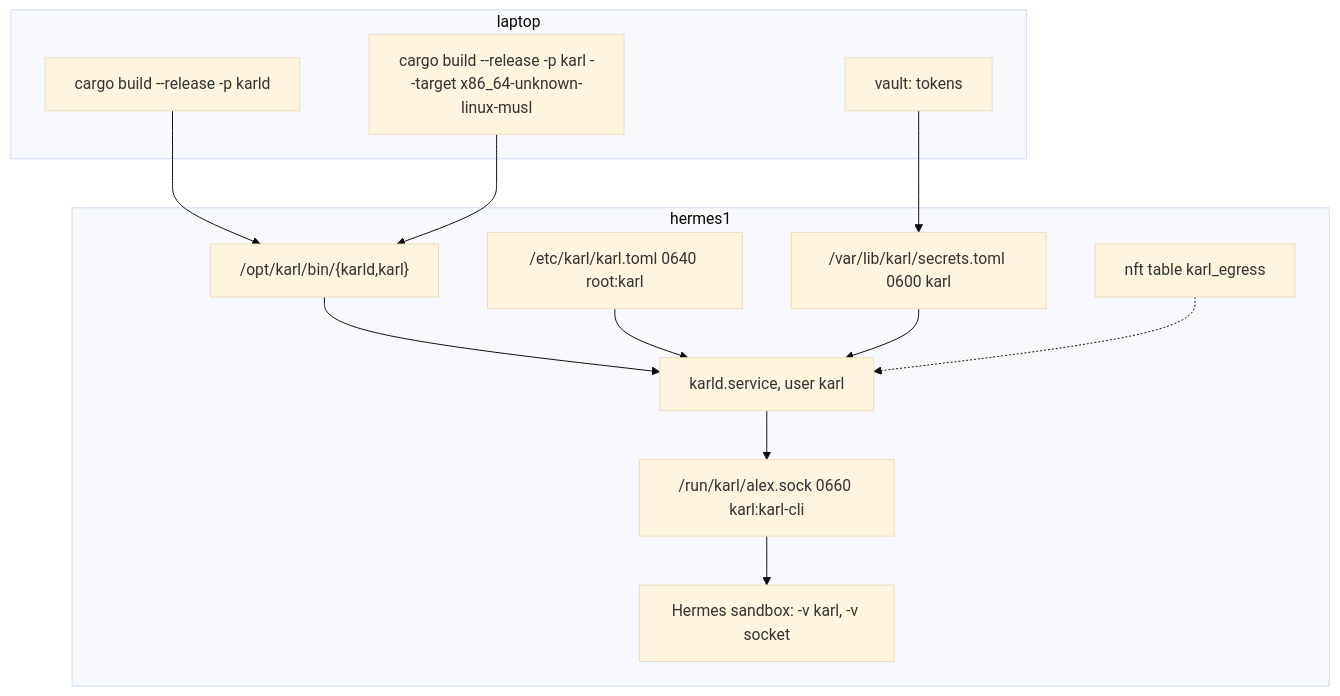
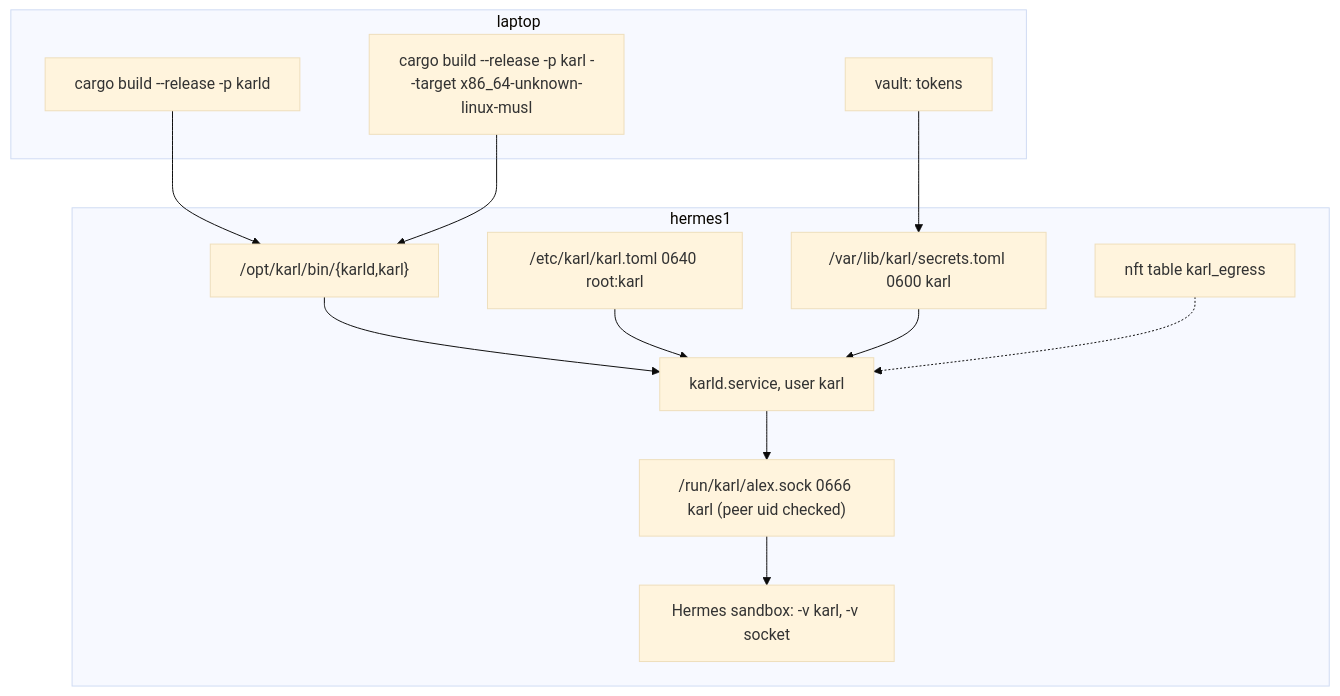
Before and after one commit to AlexandreKarlsson/Karl: the diagram in docs/deploy.md, drawn with Mermaid (base theme). The commit also changed other lines of this file and 23 other files, not shown here.

````diff
--- a/docs/deploy.md
+++ b/docs/deploy.md
@@ -7,21 +7,21 @@
 ```mermaid
 flowchart TB
   subgraph laptop["laptop"]
     b1["cargo build --release -p karld"]
     b2["cargo build --release -p karl --target x86_64-unknown-linux-musl"]
     v["vault: tokens"]
   end
   subgraph box["hermes1"]
     bin["/opt/karl/bin/{karld,karl}"]
     cfg["/etc/karl/karl.toml 0640 root:karl"]
     sec["/var/lib/karl/secrets.toml 0600 karl"]
     unit["karld.service, user karl"]
     nft["nft table karl_egress"]
-    run["/run/karl/alex.sock 0660 karl:karl-cli"]
+    run["/run/karl/alex.sock 0666 karl (peer uid checked)"]
     hermes["Hermes sandbox: -v karl, -v socket"]
   end
   b1 & b2 --> bin
   v --> sec
   bin & cfg & sec --> unit --> run --> hermes
   nft -.-> unit
 ```
````
